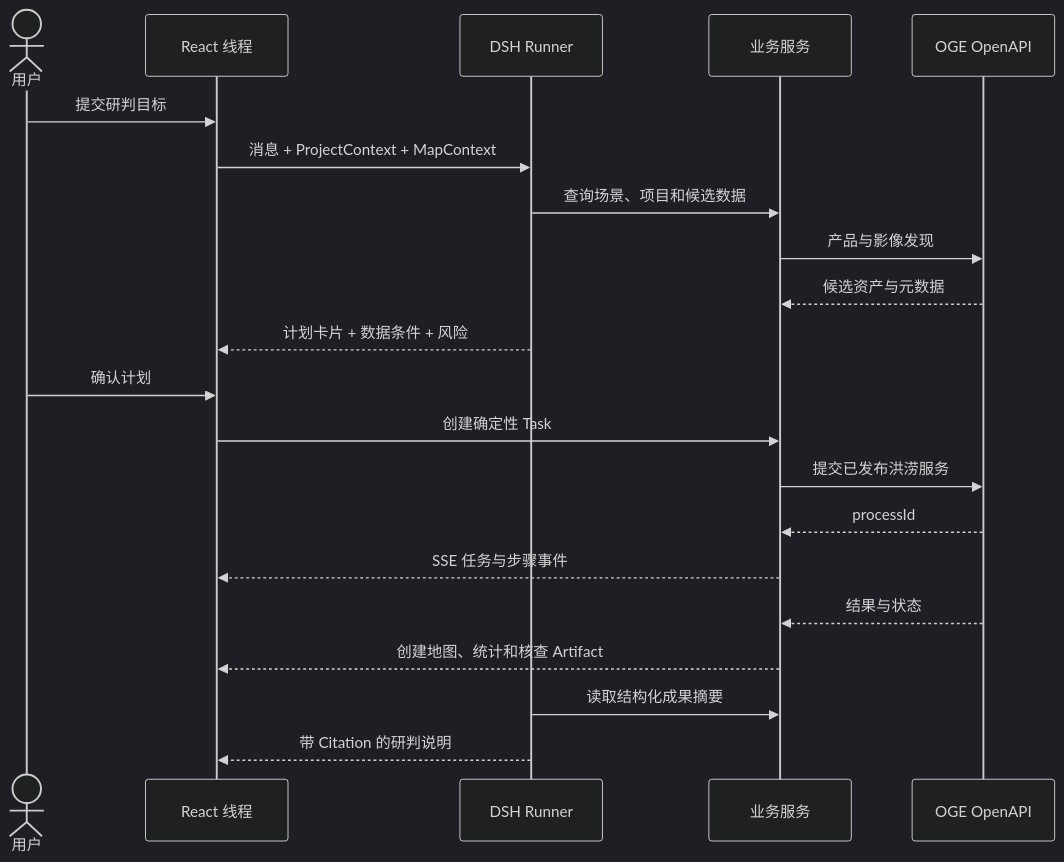
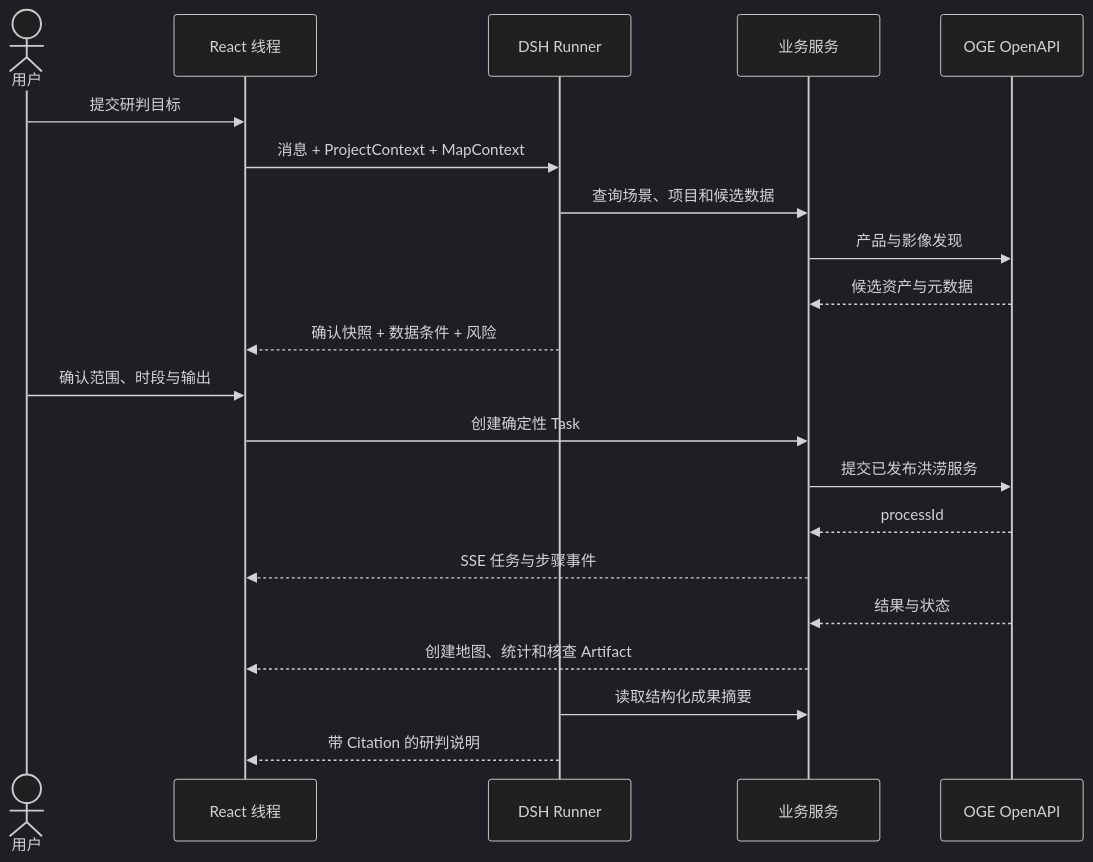
One commit to haodijia/kunyu-geoagent changed the first of 5 diagrams in docs/开发架构设计.md. Above: the diagram before and after it, drawn with Mermaid (dark theme). The commit also changed other lines of this file, not shown here.

Commit message:
docs: refine desktop architecture for v3 UI mockups

````diff
--- a/docs/开发架构设计.md
+++ b/docs/开发架构设计.md
@@ -244,24 +284,24 @@
 ```mermaid
 sequenceDiagram
     actor User as 用户
     participant UI as React 线程
     participant DSH as DSH Runner
     participant App as 业务服务
     participant OGE as OGE OpenAPI
 
     User->>UI: 提交研判目标
     UI->>DSH: 消息 + ProjectContext + MapContext
     DSH->>App: 查询场景、项目和候选数据
     App->>OGE: 产品与影像发现
     OGE-->>App: 候选资产与元数据
-    DSH-->>UI: 计划卡片 + 数据条件 + 风险
-    User->>UI: 确认计划
+    DSH-->>UI: 确认快照 + 数据条件 + 风险
+    User->>UI: 确认范围、时段与输出
     UI->>App: 创建确定性 Task
     App->>OGE: 提交已发布洪涝服务
     OGE-->>App: processId
     App-->>UI: SSE 任务与步骤事件
     OGE-->>App: 结果与状态
     App-->>UI: 创建地图、统计和核查 Artifact
     DSH->>App: 读取结构化成果摘要
     DSH-->>UI: 带 Citation 的研判说明
 ```
````
